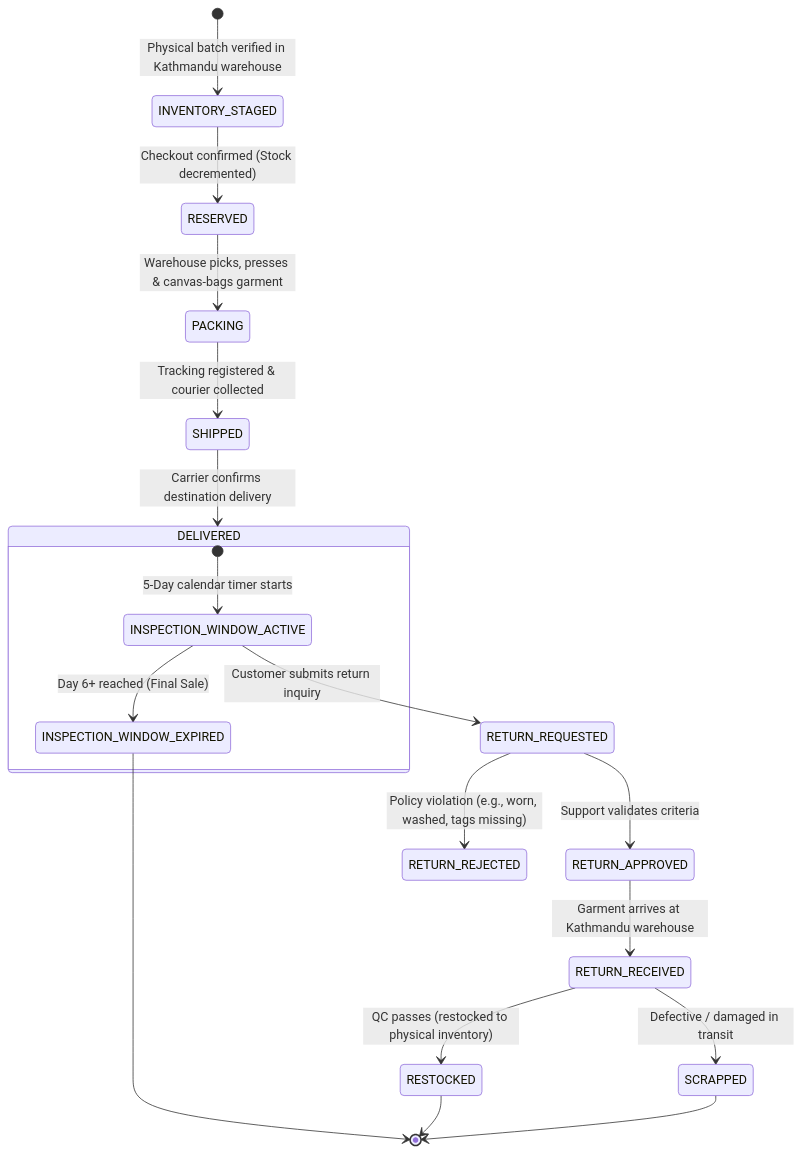
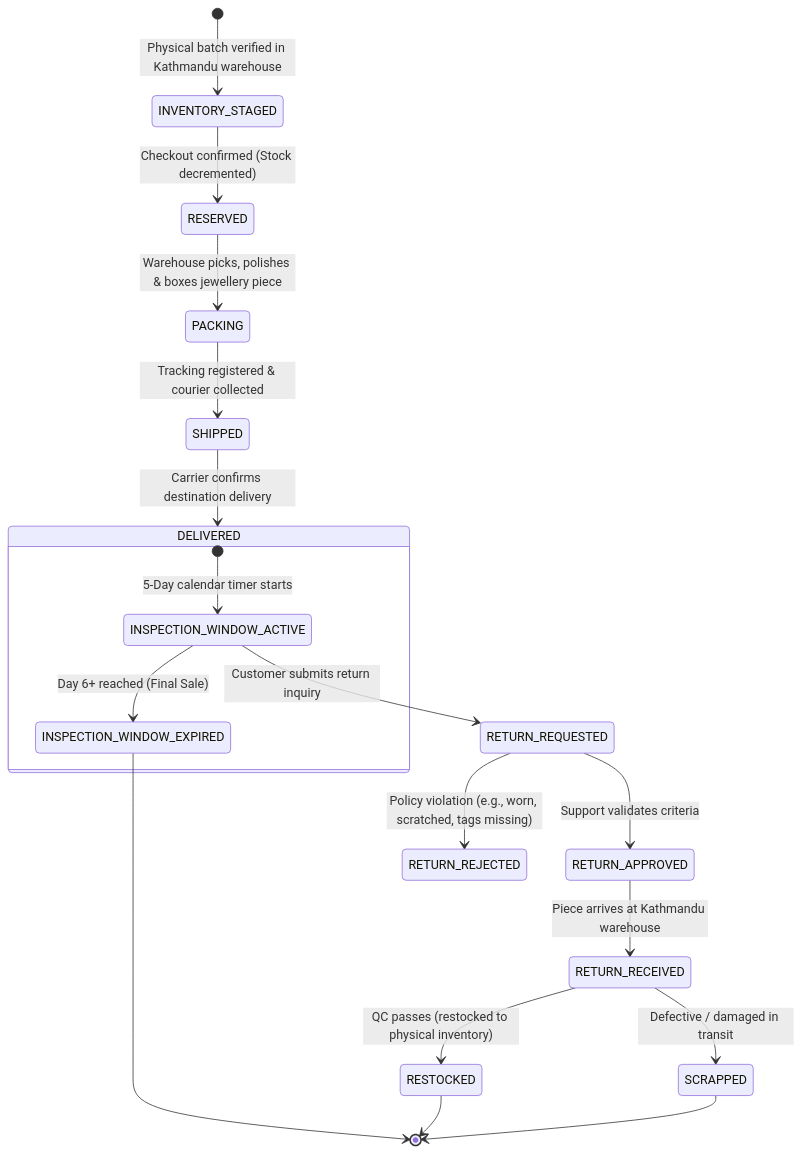
Before and after one commit to Sarthak2233/Jeanius: the third of 10 diagrams in docs/product/PRODUCT-CONTRACT.md, drawn with Mermaid. The commit also changed other lines of this file and 145 other files, not shown here.

````diff
--- a/docs/product/PRODUCT-CONTRACT.md
+++ b/docs/product/PRODUCT-CONTRACT.md
@@ -204,24 +183,24 @@
 ```mermaid
 stateDiagram-v2
     [*] --> INVENTORY_STAGED: Physical batch verified in Kathmandu warehouse
     INVENTORY_STAGED --> RESERVED: Checkout confirmed (Stock decremented)
-    RESERVED --> PACKING: Warehouse picks, presses & canvas-bags garment
+    RESERVED --> PACKING: Warehouse picks, polishes & boxes jewellery piece
     PACKING --> SHIPPED: Tracking registered & courier collected
     SHIPPED --> DELIVERED: Carrier confirms destination delivery
     
     state DELIVERED {
         [*] --> INSPECTION_WINDOW_ACTIVE: 5-Day calendar timer starts
         INSPECTION_WINDOW_ACTIVE --> INSPECTION_WINDOW_EXPIRED: Day 6+ reached (Final Sale)
     }
     
     INSPECTION_WINDOW_ACTIVE --> RETURN_REQUESTED: Customer submits return inquiry
     RETURN_REQUESTED --> RETURN_APPROVED: Support validates criteria
-    RETURN_REQUESTED --> RETURN_REJECTED: Policy violation (e.g., worn, washed, tags missing)
-    RETURN_APPROVED --> RETURN_RECEIVED: Garment arrives at Kathmandu warehouse
+    RETURN_REQUESTED --> RETURN_REJECTED: Policy violation (e.g., worn, scratched, tags missing)
+    RETURN_APPROVED --> RETURN_RECEIVED: Piece arrives at Kathmandu warehouse
     RETURN_RECEIVED --> RESTOCKED: QC passes (restocked to physical inventory)
     RETURN_RECEIVED --> SCRAPPED: Defective / damaged in transit
     
     INSPECTION_WINDOW_EXPIRED --> [*]
     RESTOCKED --> [*]
     SCRAPPED --> [*]
 ```
````
